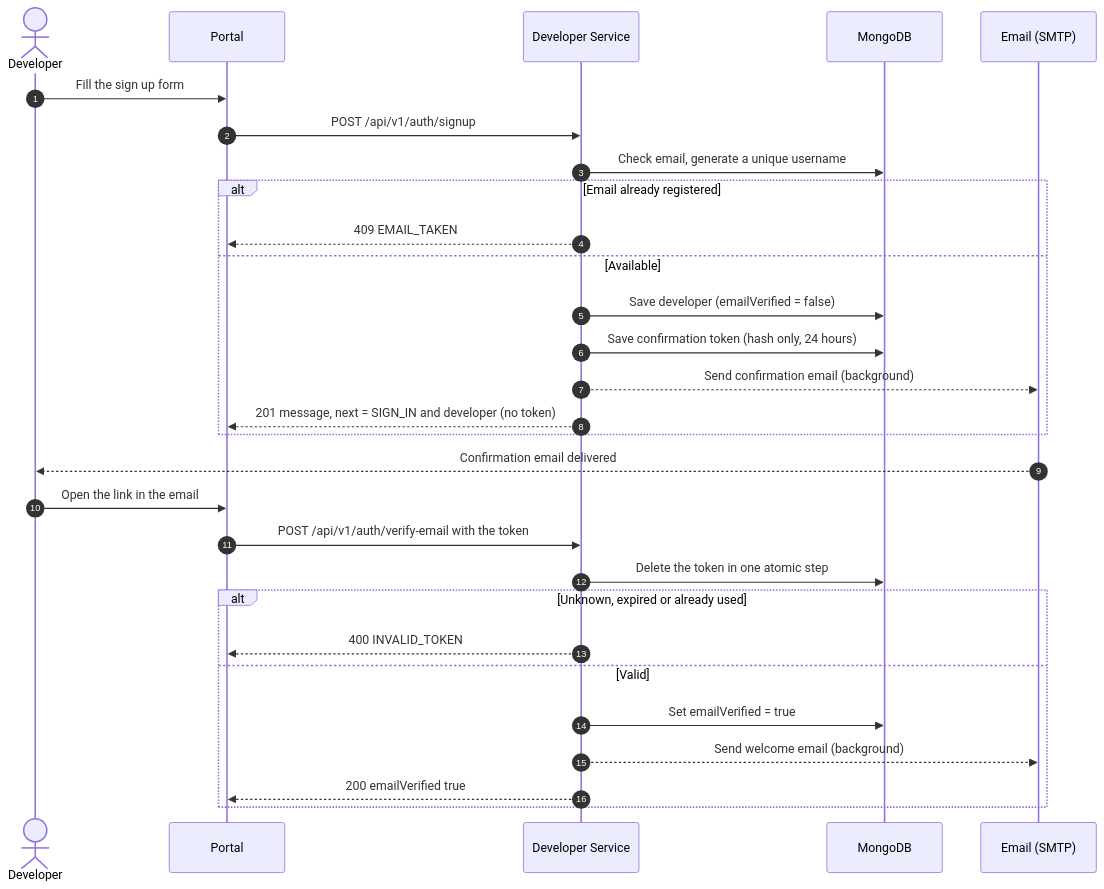
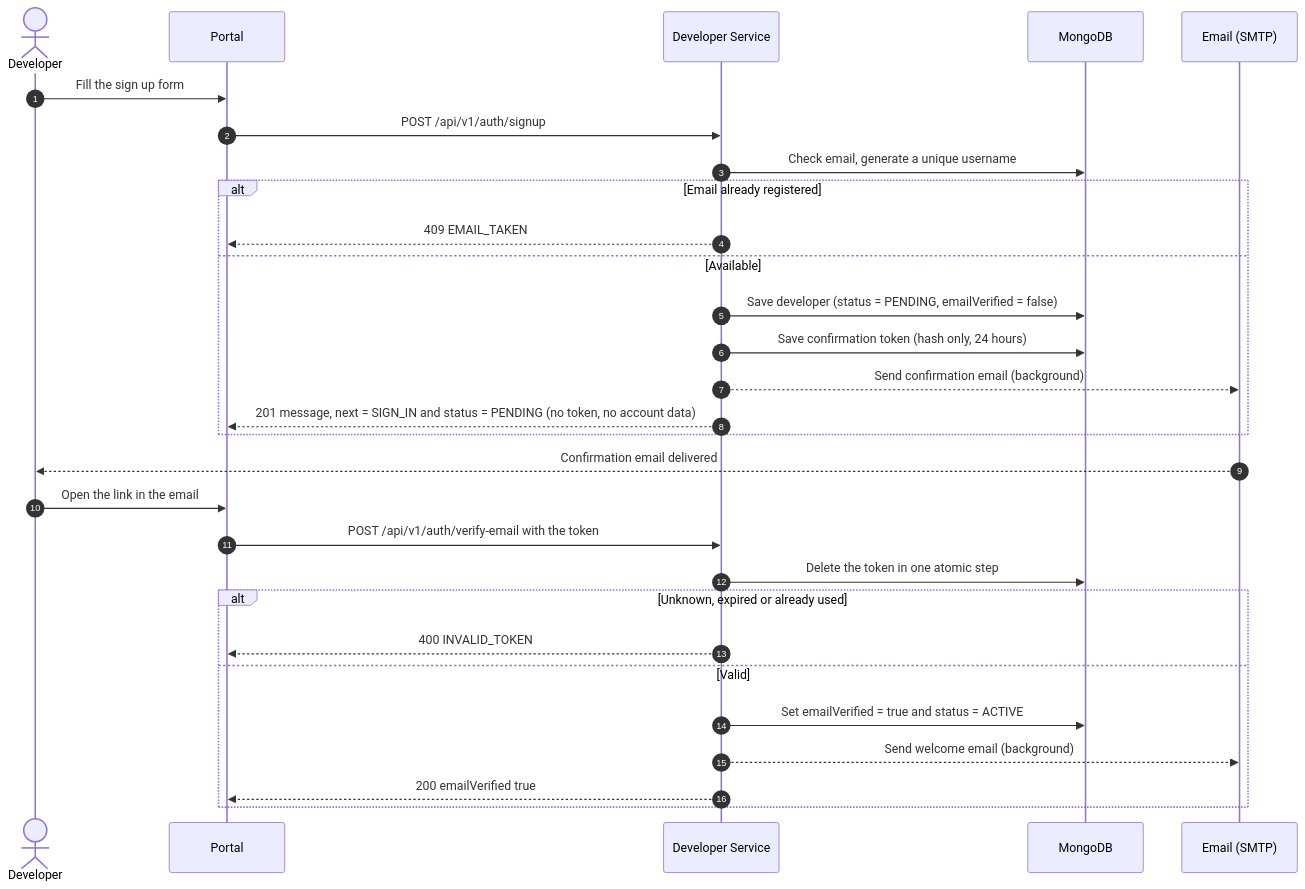
Before and after one commit to peacemakerbill/premisave-developer-service: the second of 8 diagrams in README.md, drawn with Mermaid. The commit also changed other lines of this file and 250 other files, not shown here.

````diff
--- a/README.md
+++ b/README.md
@@ -178,32 +180,32 @@
 ```mermaid
 sequenceDiagram
     autonumber
     actor D as Developer
     participant P as Portal
     participant S as Developer Service
     participant M as MongoDB
     participant E as Email (SMTP)
 
     D->>P: Fill the sign up form
     P->>S: POST /api/v1/auth/signup
     S->>M: Check email, generate a unique username
     alt Email already registered
         S-->>P: 409 EMAIL_TAKEN
     else Available
-        S->>M: Save developer (emailVerified = false)
+        S->>M: Save developer (status = PENDING, emailVerified = false)
         S->>M: Save confirmation token (hash only, 24 hours)
         S-->>E: Send confirmation email (background)
-        S-->>P: 201 message, next = SIGN_IN and developer (no token)
+        S-->>P: 201 message, next = SIGN_IN and status = PENDING (no token, no account data)
     end
     E-->>D: Confirmation email delivered
     D->>P: Open the link in the email
     P->>S: POST /api/v1/auth/verify-email with the token
     S->>M: Delete the token in one atomic step
     alt Unknown, expired or already used
         S-->>P: 400 INVALID_TOKEN
     else Valid
-        S->>M: Set emailVerified = true
+        S->>M: Set emailVerified = true and status = ACTIVE
         S-->>E: Send welcome email (background)
         S-->>P: 200 emailVerified true
     end
 ```
````
